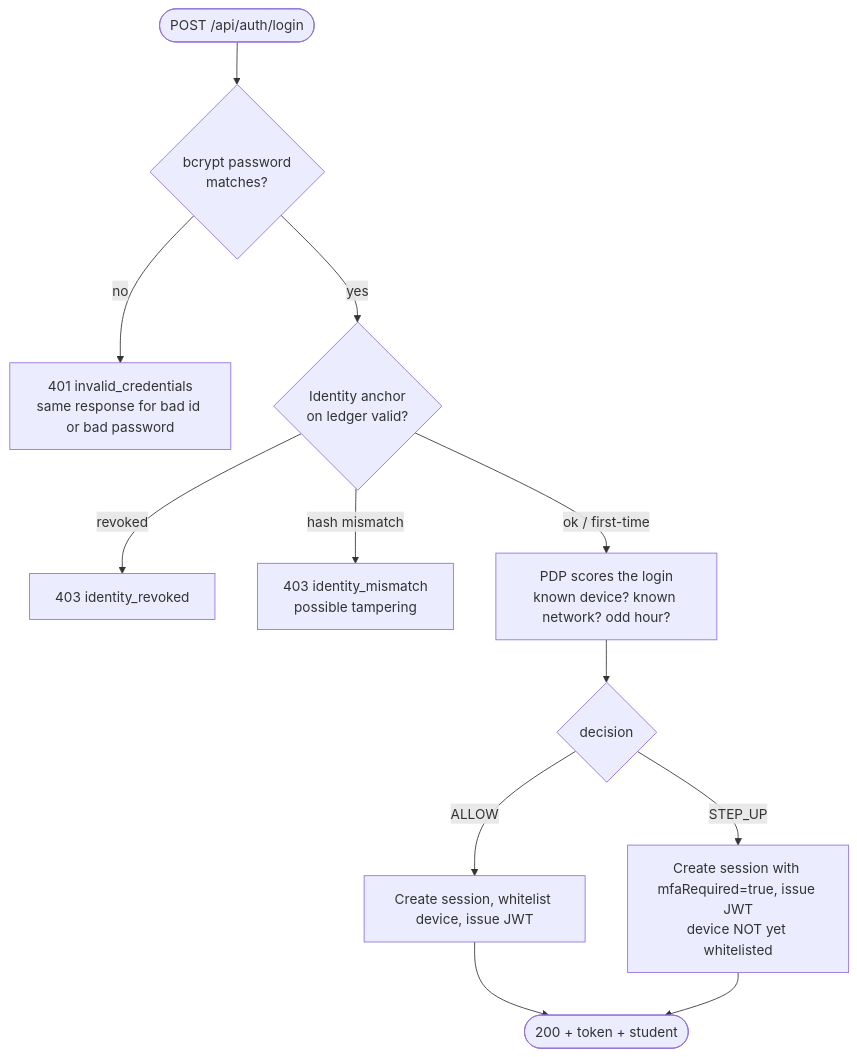
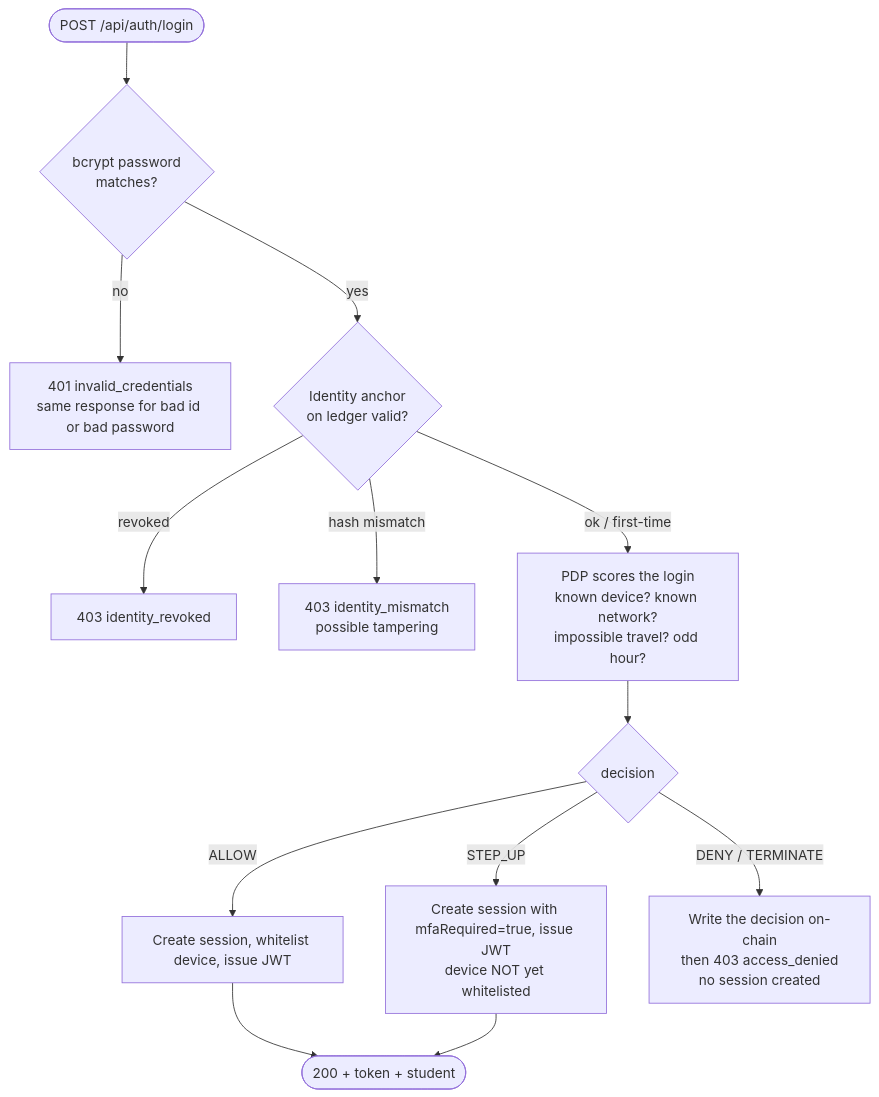
The fifth of 11 diagrams in TECHNICAL_REPORT.md (Drawphics-Dev/Blockchain_Identity_Verification), drawn with Mermaid before and after one commit. The commit also changed other lines of this file and 38 other files, not shown here.

Commit message:
Complete roadmap: deploy to live Hyperledger Fabric network

````diff
--- a/TECHNICAL_REPORT.md
+++ b/TECHNICAL_REPORT.md
@@ -255,14 +349,15 @@
 ```mermaid
 flowchart TD
   START([POST /api/auth/login]) --> PW{bcrypt password<br/>matches?}
   PW -- no --> R401[401 invalid_credentials<br/>same response for bad id or bad password]
   PW -- yes --> ANCHOR{Identity anchor<br/>on ledger valid?}
   ANCHOR -- "revoked" --> R403a[403 identity_revoked]
   ANCHOR -- "hash mismatch" --> R403b[403 identity_mismatch<br/>possible tampering]
-  ANCHOR -- "ok / first-time" --> RISK[PDP scores the login<br/>known device? known network? odd hour?]
+  ANCHOR -- "ok / first-time" --> RISK[PDP scores the login<br/>known device? known network?<br/>impossible travel? odd hour?]
   RISK --> DEC{decision}
   DEC -- ALLOW --> OK1[Create session, whitelist device, issue JWT]
   DEC -- STEP_UP --> OK2[Create session with mfaRequired=true, issue JWT<br/>device NOT yet whitelisted]
+  DEC -- "DENY / TERMINATE" --> BLK[Write the decision on-chain<br/>then 403 access_denied<br/>no session created]
   OK1 --> DONE([200 + token + student])
   OK2 --> DONE
 ```
````
